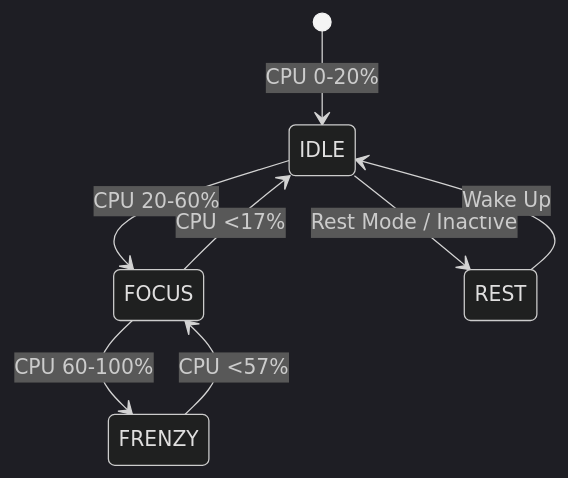
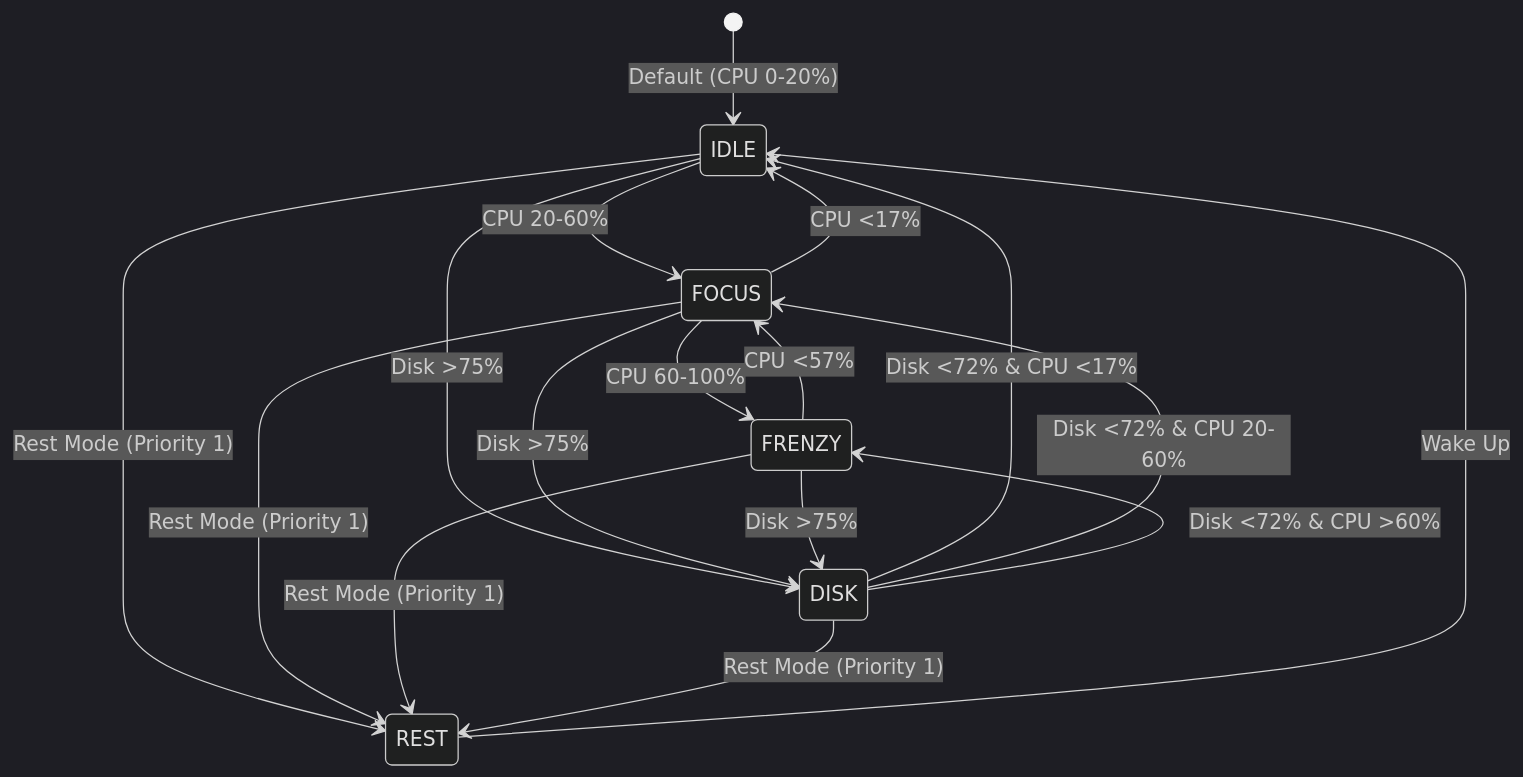
The second of 2 diagrams in non-docs/specs/characters/character-design-bun.md (vavinon/lofi-bun-companion), drawn with Mermaid (dark theme) before and after one commit. The commit also changed other lines of this file and 8 other files, not shown here.

````diff
--- a/non-docs/specs/characters/character-design-bun.md
+++ b/non-docs/specs/characters/character-design-bun.md
@@ -57,10 +59,19 @@
 ```mermaid
 stateDiagram-v2
-    [*] --> IDLE : CPU 0-20%
+    [*] --> IDLE : Default (CPU 0-20%)
     IDLE --> FOCUS : CPU 20-60%
     FOCUS --> FRENZY : CPU 60-100%
     FRENZY --> FOCUS : CPU <57%
     FOCUS --> IDLE : CPU <17%
-    IDLE --> REST : Rest Mode / Inactive
+    IDLE --> DISK : Disk >75%
+    FOCUS --> DISK : Disk >75%
+    FRENZY --> DISK : Disk >75%
+    DISK --> IDLE : Disk <72% & CPU <17%
+    DISK --> FOCUS : Disk <72% & CPU 20-60%
+    DISK --> FRENZY : Disk <72% & CPU >60%
+    IDLE --> REST : Rest Mode (Priority 1)
+    FOCUS --> REST : Rest Mode (Priority 1)
+    FRENZY --> REST : Rest Mode (Priority 1)
+    DISK --> REST : Rest Mode (Priority 1)
     REST --> IDLE : Wake Up
 ```
````
